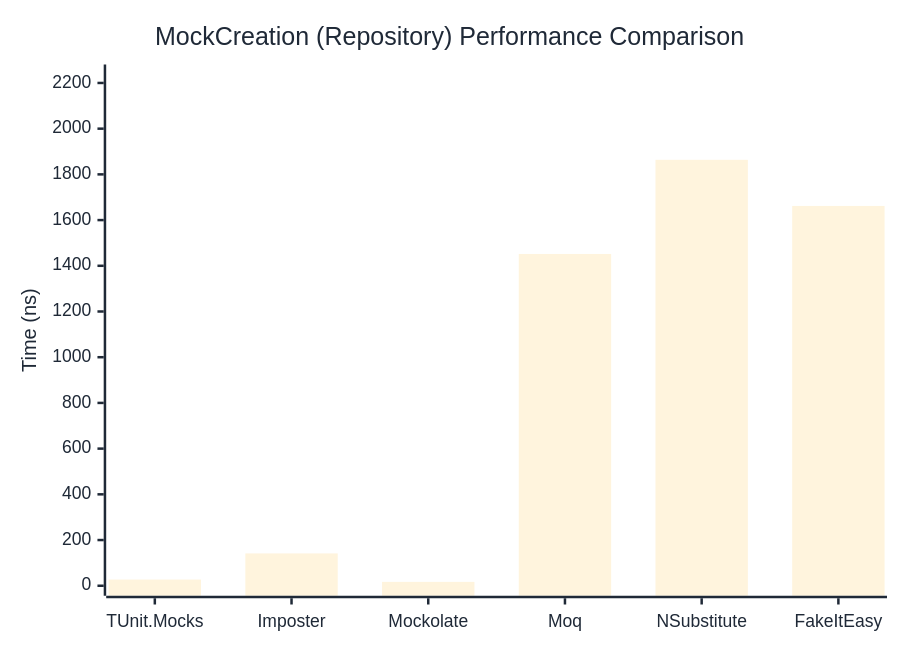
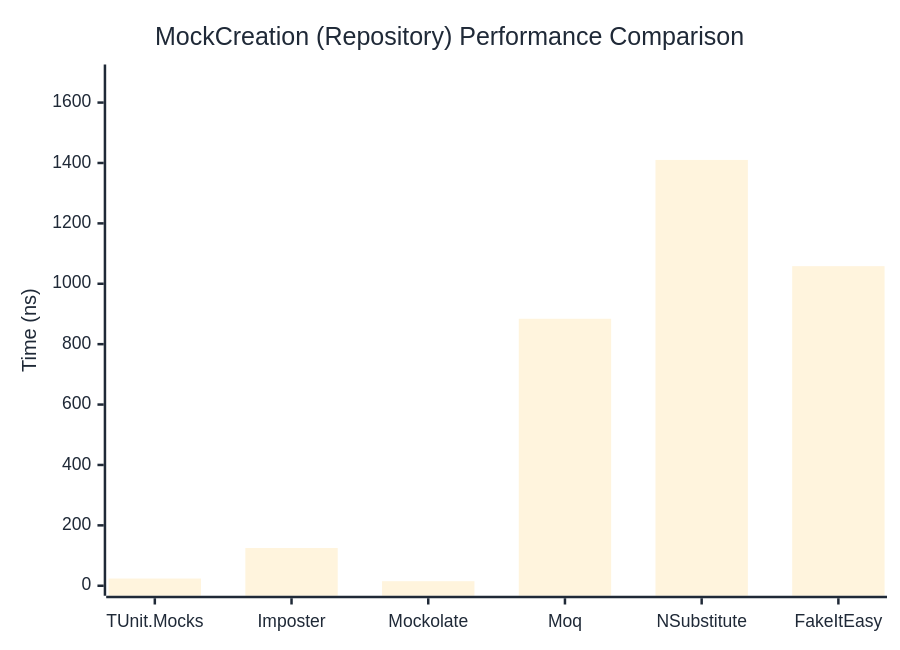
Before and after one commit to thomhurst/TUnit: the second of 2 diagrams in docs/docs/benchmarks/mocks/MockCreation.md, drawn with Mermaid. The commit also changed other lines of this file and 14 other files, not shown here.

````diff
--- a/docs/docs/benchmarks/mocks/MockCreation.md
+++ b/docs/docs/benchmarks/mocks/MockCreation.md
@@ -71,27 +71,27 @@
 ```mermaid
 %%{init: {
   'theme':'base',
   'themeVariables': {
     'primaryColor': '#2563eb',
     'primaryTextColor': '#1f2937',
     'primaryBorderColor': '#1e40af',
     'lineColor': '#6b7280',
     'secondaryColor': '#7c3aed',
     'tertiaryColor': '#dc2626',
     'background': '#ffffff',
     'pie1': '#2563eb',
     'pie2': '#7c3aed',
     'pie3': '#dc2626',
     'pie4': '#f59e0b',
     'pie5': '#10b981',
     'pie6': '#06b6d4',
     'pie7': '#ec4899',
     'pie8': '#6366f1'
   }
 }}%%
 xychart-beta
   title "MockCreation (Repository) Performance Comparison"
   x-axis ["TUnit.Mocks", "Imposter", "Mockolate", "Moq", "NSubstitute", "FakeItEasy"]
-  y-axis "Time (ns)" 0 --> 2237
-  bar [27.14, 141.52, 16.96, 1451.78, 1863.71, 1661.92]
+  y-axis "Time (ns)" 0 --> 1693
+  bar [23.9, 124.96, 15.09, 884.15, 1410.13, 1058.33]
 ```
````
